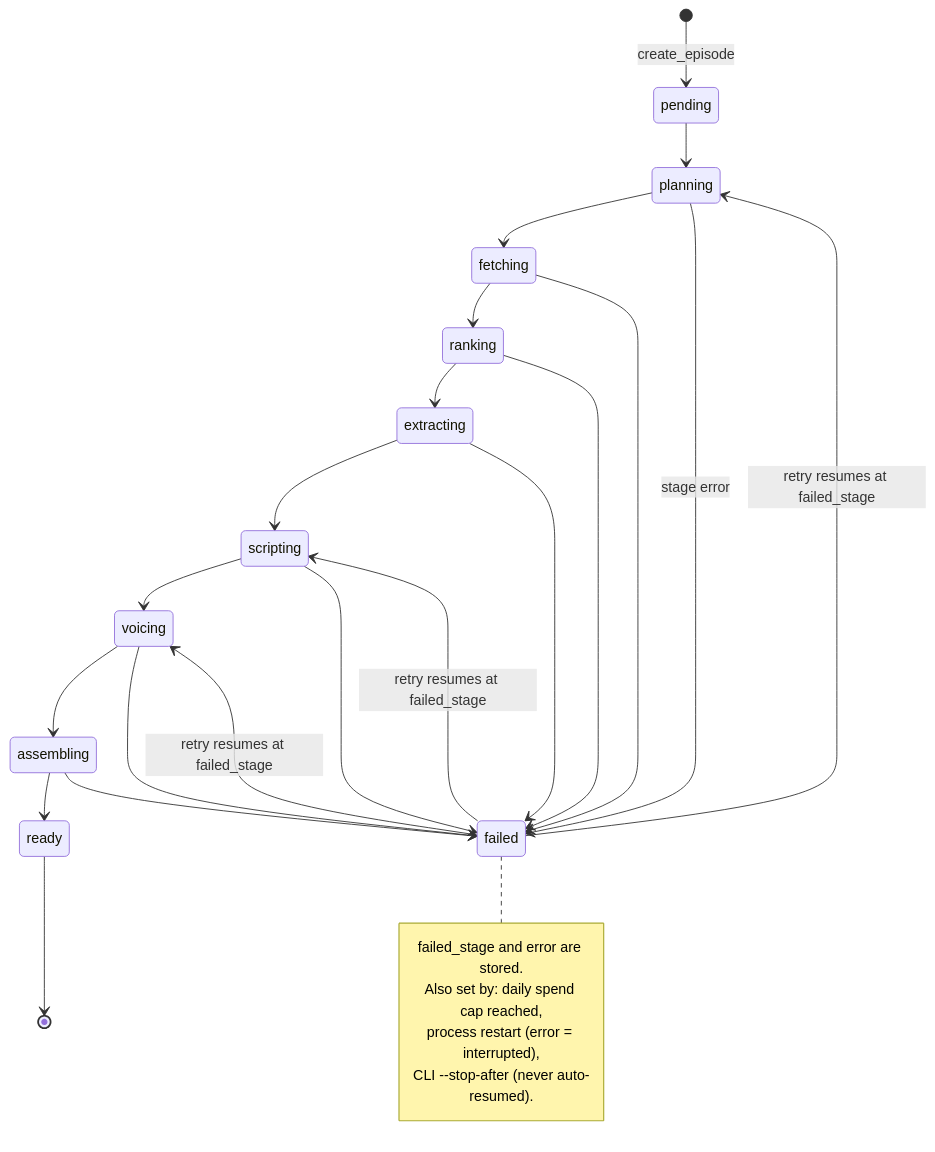
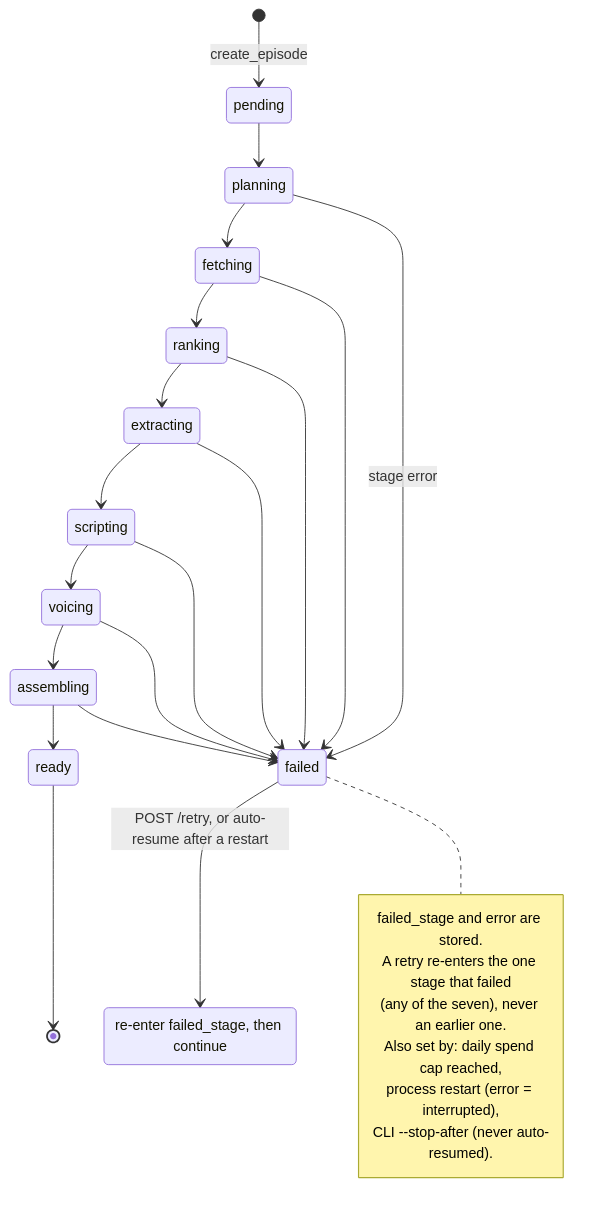
Before and after one commit to mpenalverguilera/podcast-generator: the third of 15 diagrams in docs/ARCHITECTURE.md, drawn with Mermaid. The commit also changed other lines of this file and 1 other file, not shown here.

First line of the commit message:
docs: architecture review notes (retry, single instance, auth, live preferences)

````diff
--- a/docs/ARCHITECTURE.md
+++ b/docs/ARCHITECTURE.md
@@ -166,32 +169,33 @@
 ```mermaid
 stateDiagram-v2
   [*] --> pending: create_episode
   pending --> planning
   planning --> fetching
   fetching --> ranking
   ranking --> extracting
   extracting --> scripting
   scripting --> voicing
   voicing --> assembling
   assembling --> ready
 
   planning --> failed: stage error
   fetching --> failed
   ranking --> failed
   extracting --> failed
   scripting --> failed
   voicing --> failed
   assembling --> failed
 
-  failed --> planning: retry resumes at failed_stage
-  failed --> scripting: retry resumes at failed_stage
-  failed --> voicing: retry resumes at failed_stage
+  state "re-enter failed_stage, then continue" as resume
+  failed --> resume: POST /retry, or auto-resume after a restart
   ready --> [*]
 
   note right of failed
     failed_stage and error are stored.
+    A retry re-enters the one stage that failed
+    (any of the seven), never an earlier one.
     Also set by: daily spend cap reached,
     process restart (error = interrupted),
     CLI --stop-after (never auto-resumed).
   end note
 ```
````
